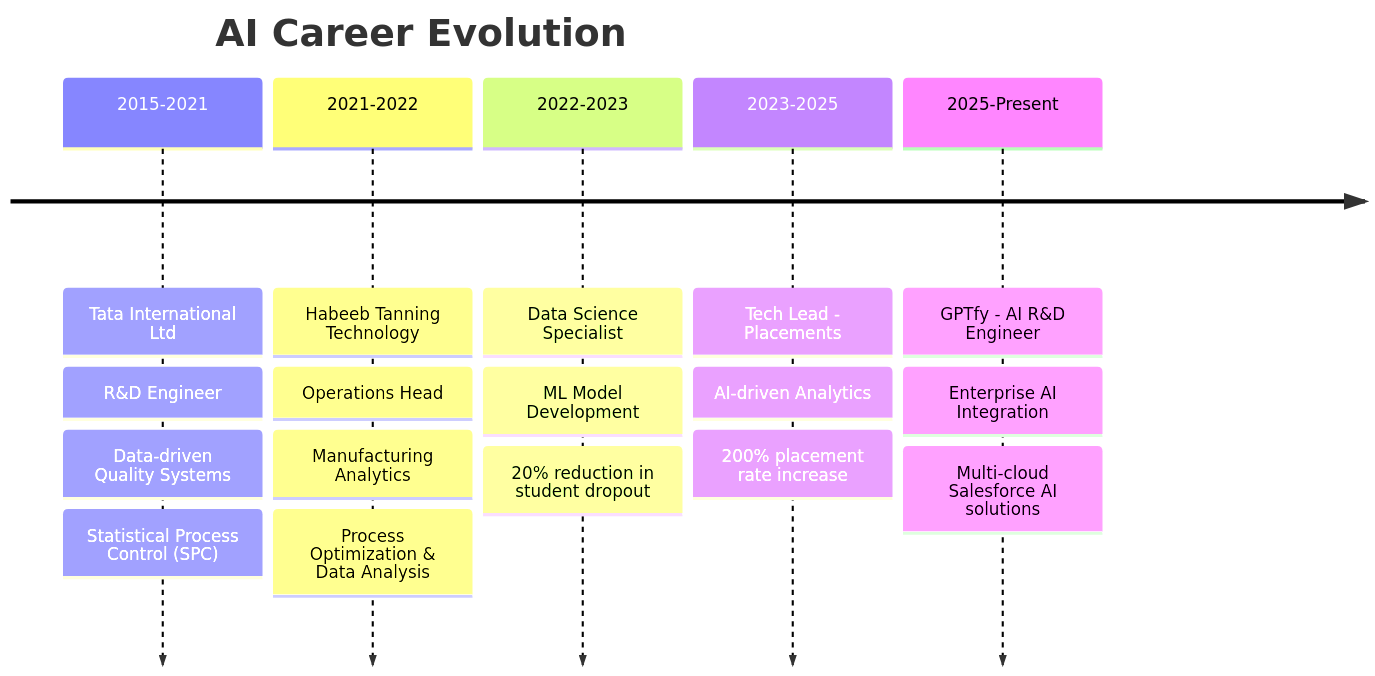
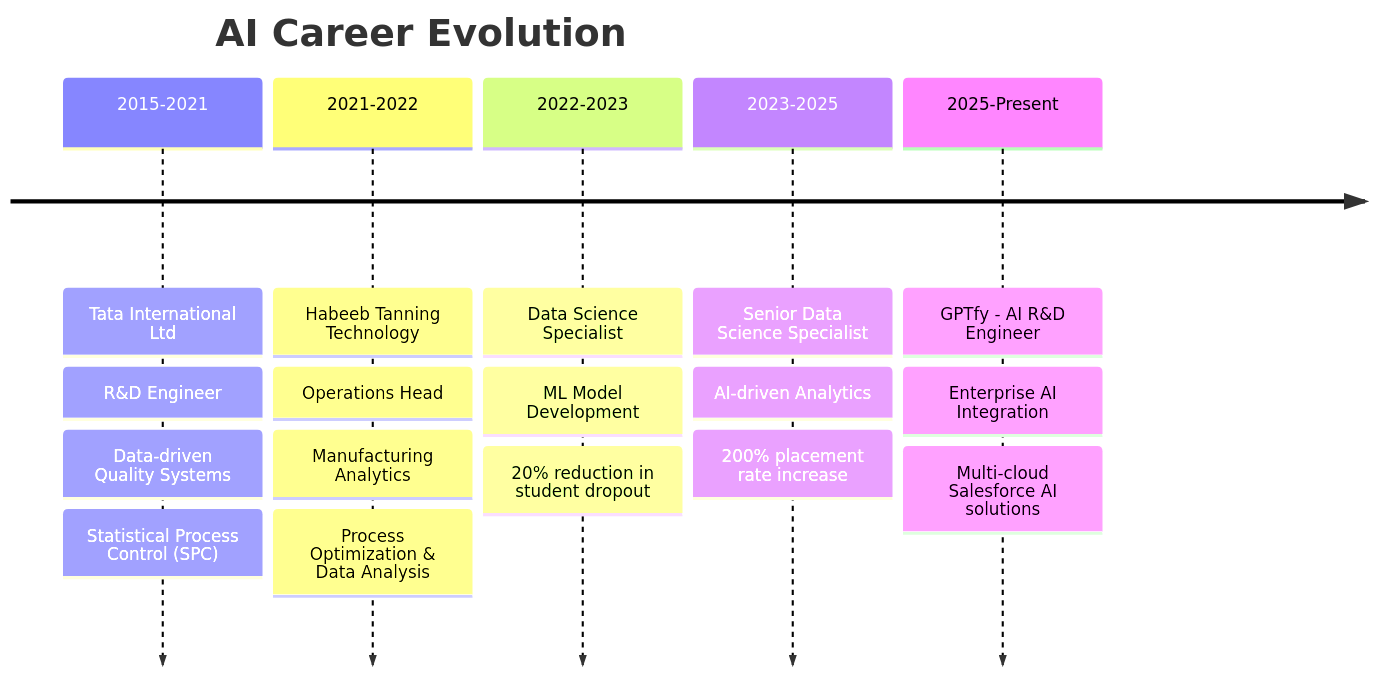
The diagram in README.md (karthickthangadurai/karthickthangadurai), drawn with Mermaid before and after one commit.

````diff
--- a/README.md
+++ b/README.md
@@ -185,21 +185,21 @@
 ```mermaid
 timeline
     title AI Career Evolution
     2015-2021 : Tata International Ltd
               : R&D Engineer
               : Data-driven Quality Systems
               : Statistical Process Control (SPC)
     2021-2022 : Habeeb Tanning Technology
               : Operations Head
               : Manufacturing Analytics
               : Process Optimization & Data Analysis
     2022-2023 : Data Science Specialist
               : ML Model Development
               : 20% reduction in student dropout
-    2023-2025 : Tech Lead - Placements
+    2023-2025 : Senior Data Science Specialist
               : AI-driven Analytics
               : 200% placement rate increase
     2025-Present : GPTfy - AI R&D Engineer
                  : Enterprise AI Integration
                  : Multi-cloud Salesforce AI solutions
 ```
````
